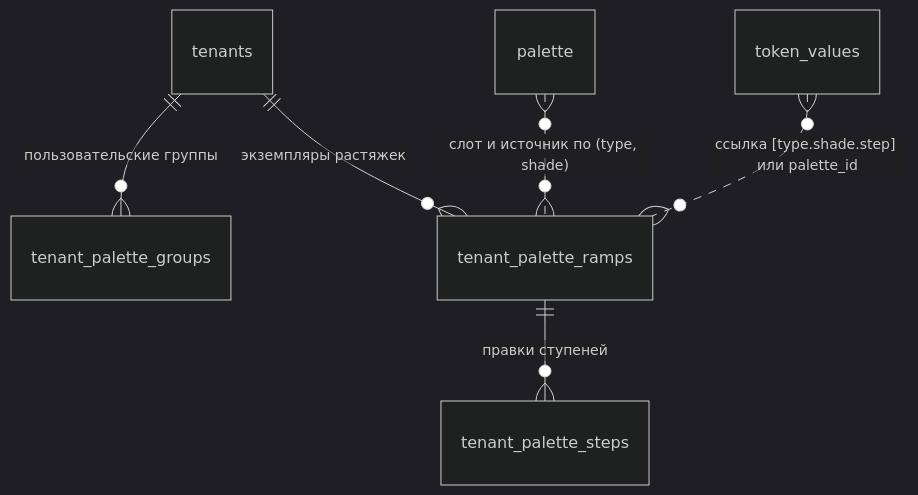
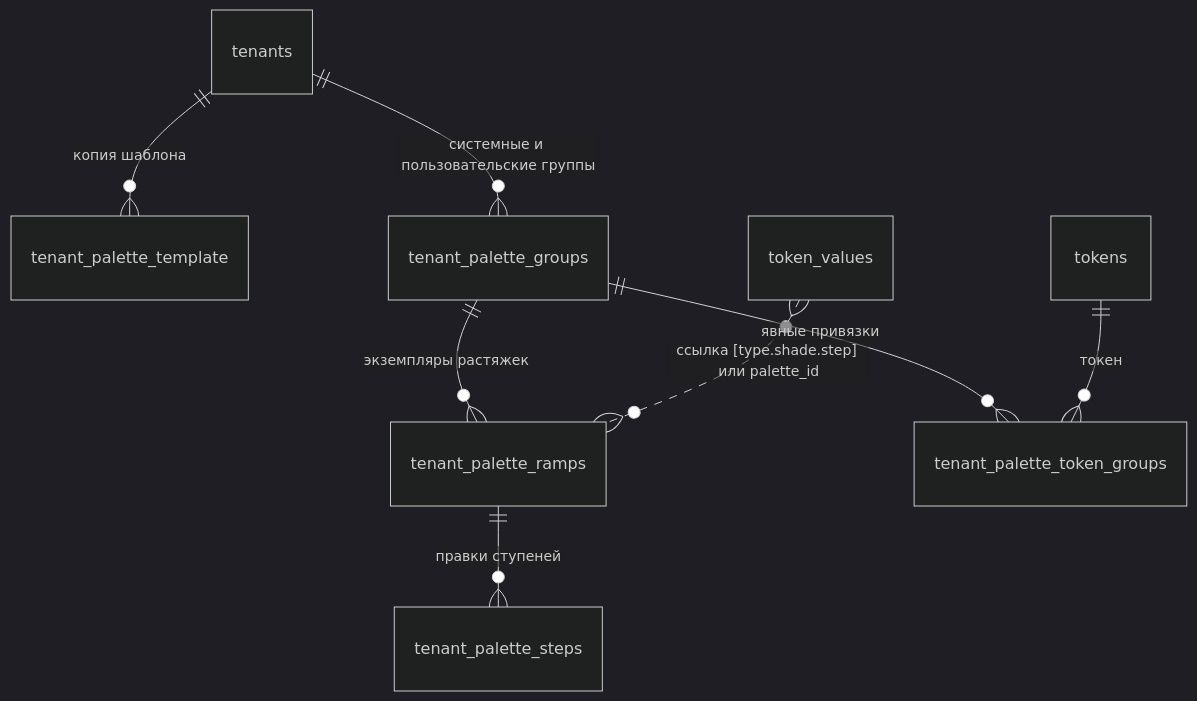
Before and after one commit to salute-developers/design-system-builder: the second of 2 diagrams in openspec/changes/add-theme-palette-api/design.md, drawn with Mermaid (dark theme). The commit also changed other lines of this file and 7 other files, not shown here.

First line of the commit message:
docs(openspec): make theme palette a template copy with explicit token groups

````diff
--- a/openspec/changes/add-theme-palette-api/design.md
+++ b/openspec/changes/add-theme-palette-api/design.md
@@ -52,8 +60,10 @@
 ```mermaid
 erDiagram
-  tenants ||--o{ tenant_palette_groups : "пользовательские группы"
-  tenants ||--o{ tenant_palette_ramps : "экземпляры растяжек"
+  tenants ||--o{ tenant_palette_template : "копия шаблона"
+  tenants ||--o{ tenant_palette_groups : "системные и пользовательские группы"
+  tenant_palette_groups ||--o{ tenant_palette_ramps : "экземпляры растяжек"
   tenant_palette_ramps ||--o{ tenant_palette_steps : "правки ступеней"
-  palette }o..o{ tenant_palette_ramps : "слот и источник по (type, shade)"
+  tenant_palette_groups ||--o{ tenant_palette_token_groups : "явные привязки"
+  tokens ||--o{ tenant_palette_token_groups : "токен"
   token_values }o..o{ tenant_palette_ramps : "ссылка [type.shade.step] или palette_id"
 ```
````
